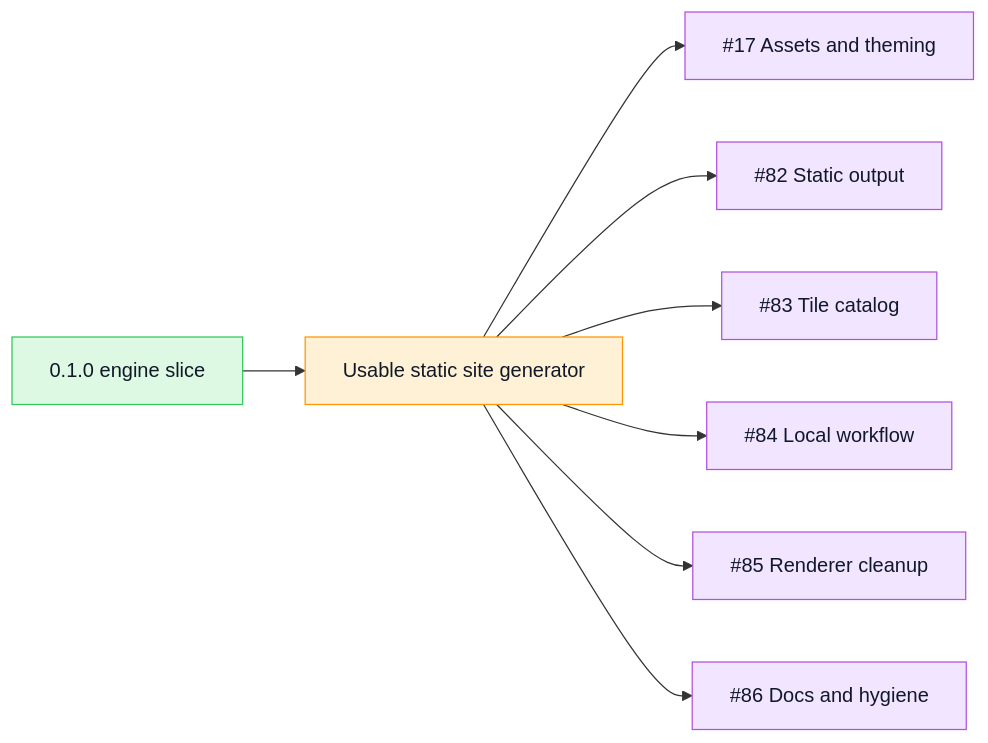
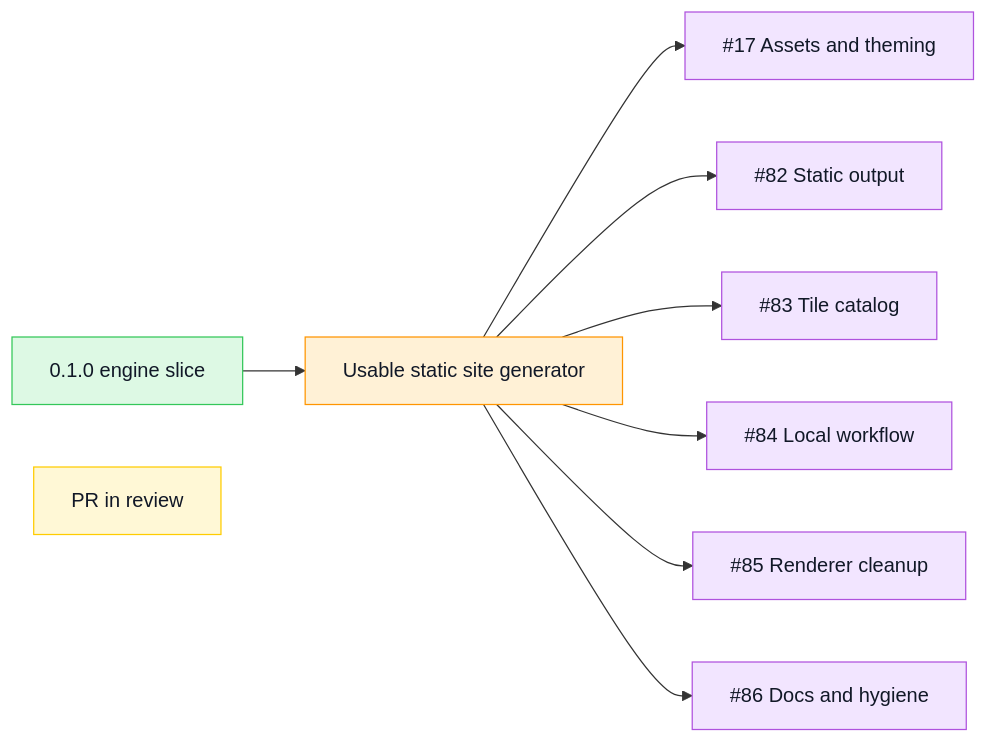
One commit to TileDown/tile-down changed the third of 9 diagrams in README.md. Above: the diagram before and after it, drawn with Mermaid. The commit also changed other lines of this file and 2 other files, not shown here.

````diff
--- a/README.md
+++ b/README.md
@@ -83,14 +83,17 @@
 ```mermaid
 flowchart LR
   Engine["0.1.0 engine slice"]:::done --> Site["Usable static site generator"]:::todo
   Site --> Assets["#17 Assets and theming"]:::epic
   Site --> Output["#82 Static output"]:::epic
   Site --> Tiles["#83 Tile catalog"]:::epic
   Site --> Workflow["#84 Local workflow"]:::epic
   Site --> Renderer["#85 Renderer cleanup"]:::epic
   Site --> Docs["#86 Docs and hygiene"]:::epic
 
+  Review["PR in review"]:::review
+
   classDef done fill:#ddf9e4,stroke:#34c759,color:#111827
   classDef epic fill:#f2e5ff,stroke:#af52de,color:#111827
+  classDef review fill:#fff8d6,stroke:#ffcc00,color:#111827
   classDef todo fill:#fff1d6,stroke:#ff9500,color:#111827
 ```
````
